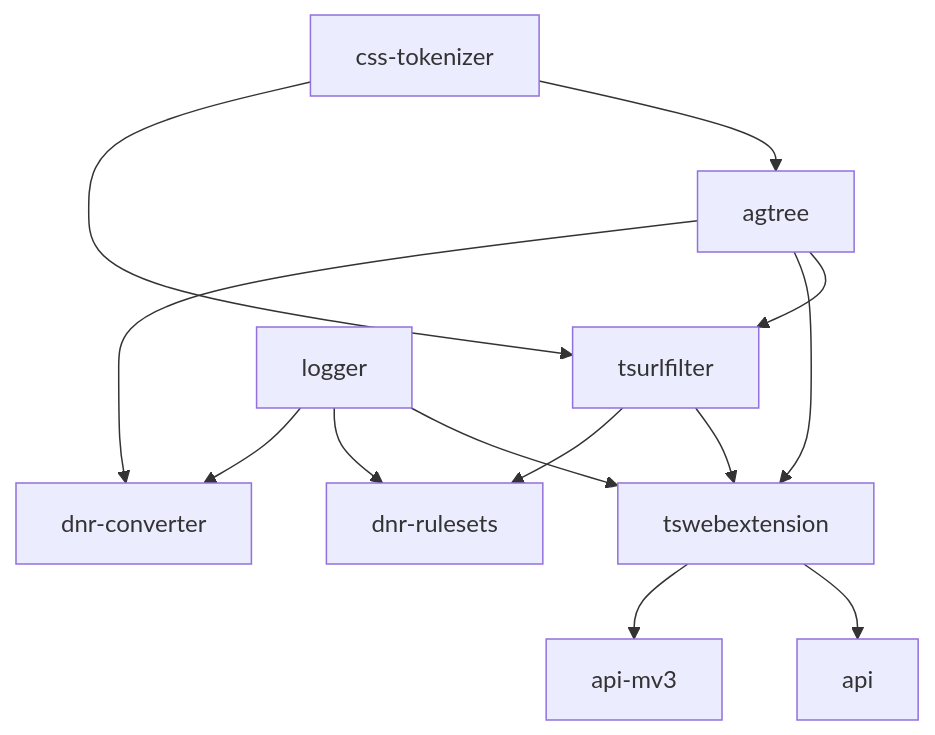
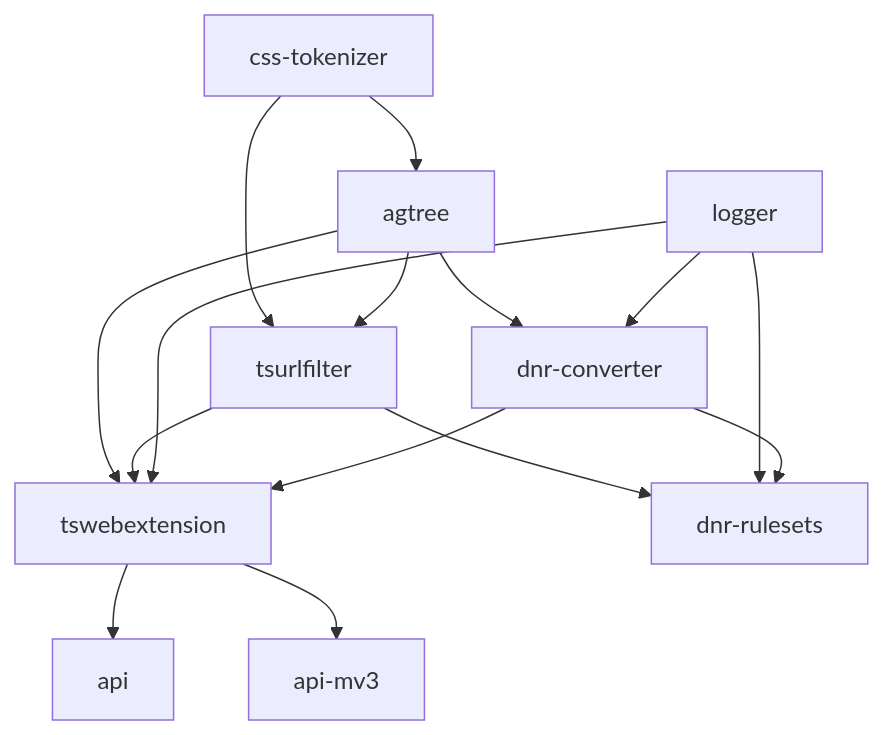
Before and after one commit to AdguardTeam/tsurlfilter: the diagram in AGENTS.md, drawn with Mermaid. The commit also changed 83 other files, not shown here.

````diff
--- a/AGENTS.md
+++ b/AGENTS.md
@@ -59,15 +59,17 @@
 ```mermaid
 graph TD
     css-tokenizer --> agtree
     css-tokenizer --> tsurlfilter
     agtree --> tsurlfilter
     agtree --> tswebextension
     agtree --> dnr-converter
     tsurlfilter --> tswebextension
     tsurlfilter --> dnr-rulesets
     logger --> tswebextension
     logger --> dnr-rulesets
     logger --> dnr-converter
+    dnr-converter --> tswebextension
+    dnr-converter --> dnr-rulesets
     tswebextension --> api
     tswebextension --> api-mv3
 ```
````
